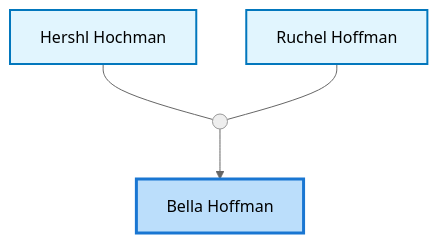
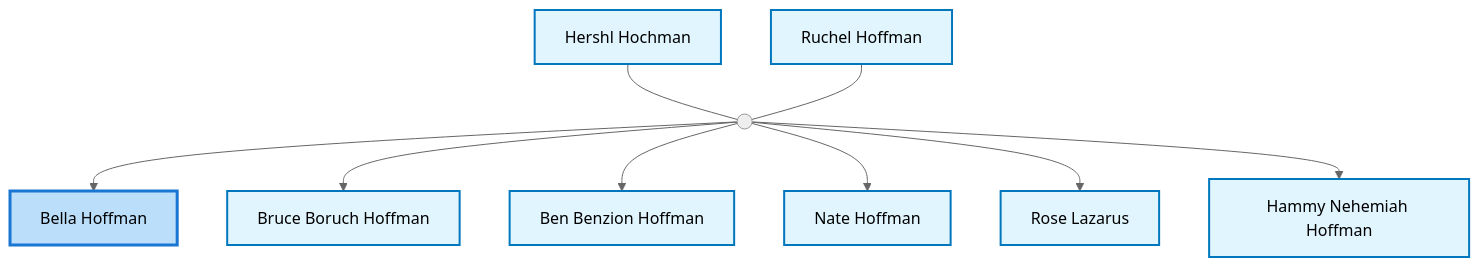
The first of 3 diagrams in site/content/profiles/Bella Hoffman.md (moshehoff/FamilyHistory), drawn with Mermaid (neutral theme) before and after one commit. The commit also changed 244 other files, not shown here.

Commit message:
Change Nuclear Family diagram to show parents and siblings, update site title to 'Hoffman Family History', revert diagram zoom to simple scaling

````diff
--- a/site/content/profiles/Bella Hoffman.md
+++ b/site/content/profiles/Bella Hoffman.md
@@ -22,19 +22,39 @@
 ```mermaid
 flowchart TD
 classDef person fill:#e1f5fe,stroke:#0277bd,stroke-width:2px;
 classDef internal-link fill:#e1f5fe,stroke:#0277bd,stroke-width:2px;
 classDef current fill:#bbdefb,stroke:#1976d2,stroke-width:3px;
 idI40779121["Bella Hoffman"]
 class idI40779121 current
 click idI40779121 "../profiles/Bella-Hoffman" "Bella Hoffman"
 idI39965497["Hershl Hochman"]
 class idI39965497 internal-link
 click idI39965497 "../profiles/Hershl-Hochman" "Hershl Hochman"
 idI40778657["Ruchel Hoffman"]
 class idI40778657 internal-link
 click idI40778657 "../profiles/Ruchel-Hoffman" "Ruchel Hoffman"
 marriage_idF13934435((" "))
 idI39965497 --- marriage_idF13934435
 idI40778657 --- marriage_idF13934435
 marriage_idF13934435 --> idI40779121
+idI40778709["Bruce Boruch Hoffman"]
+class idI40778709 internal-link
+click idI40778709 "../profiles/Bruce-Boruch-Hoffman" "Bruce Boruch Hoffman"
+marriage_idF13934435 --> idI40778709
+idI40778886["Ben Benzion Hoffman"]
+class idI40778886 internal-link
+click idI40778886 "../profiles/Ben-Benzion-Hoffman" "Ben Benzion Hoffman"
+marriage_idF13934435 --> idI40778886
+idI40778933["Nate Hoffman"]
+class idI40778933 internal-link
+click idI40778933 "../profiles/Nate-Hoffman" "Nate Hoffman"
+marriage_idF13934435 --> idI40778933
+idI40778983["Rose Lazarus"]
+class idI40778983 internal-link
+click idI40778983 "../profiles/Rose-Lazarus" "Rose Lazarus"
+marriage_idF13934435 --> idI40778983
+idI40779093["Hammy Nehemiah Hoffman"]
+class idI40779093 internal-link
+click idI40779093 "../profiles/Hammy-Nehemiah-Hoffman" "Hammy Nehemiah Hoffman"
+marriage_idF13934435 --> idI40779093
 ```
````
